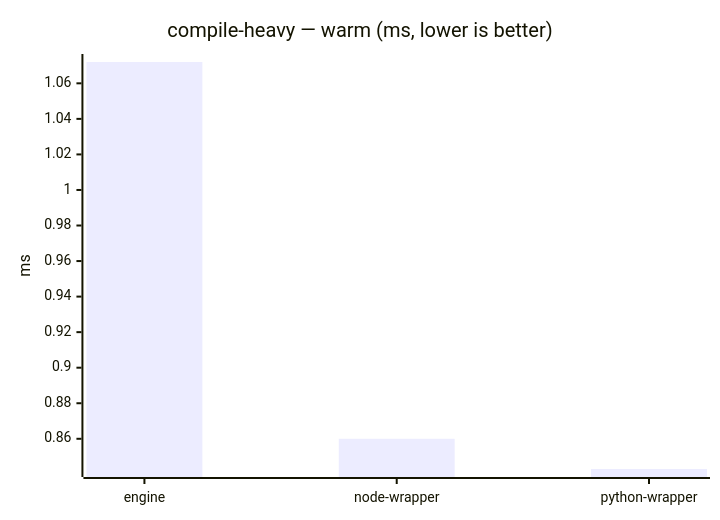
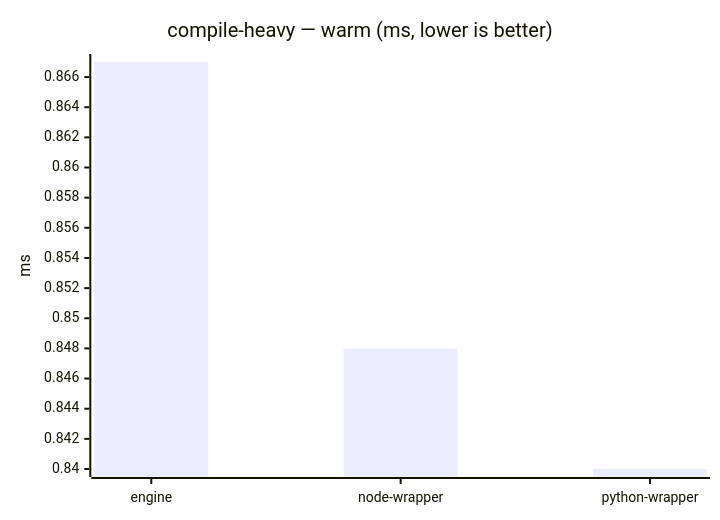
Before and after one commit to mulesoft/data-weave-cli: diagram 15 of 23 in benchmarks/report/RESULTS.md, drawn with Mermaid. The commit also changed other lines of this file, not shown here.

````diff
--- a/benchmarks/report/RESULTS.md
+++ b/benchmarks/report/RESULTS.md
@@ -168,7 +168,7 @@
 ```mermaid
 xychart-beta
     title "compile-heavy — warm (ms, lower is better)"
     x-axis ["engine", "node-wrapper", "python-wrapper"]
     y-axis "ms"
-    bar [1.072, 0.86, 0.843]
+    bar [0.867, 0.848, 0.84]
 ```
````
